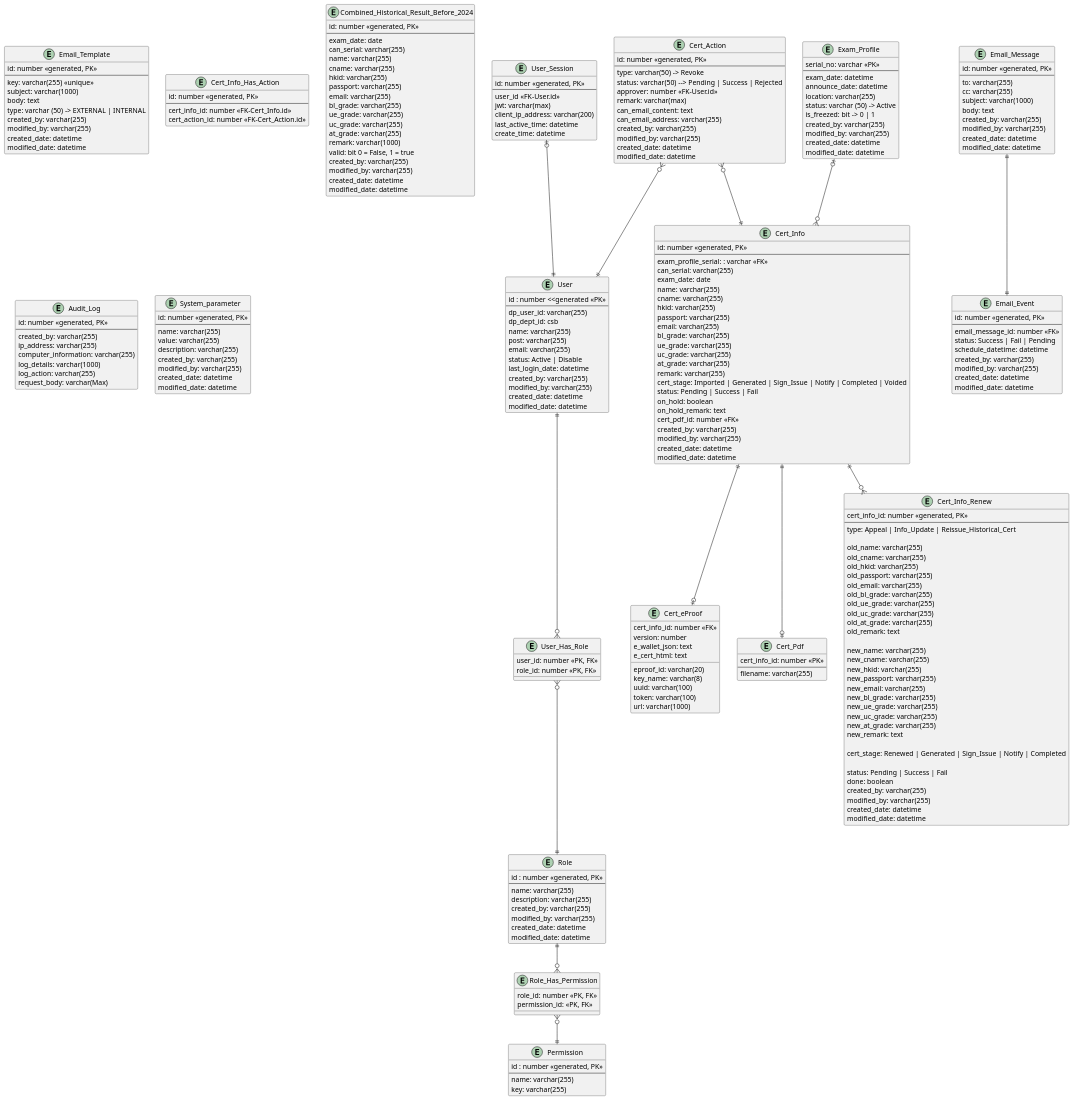
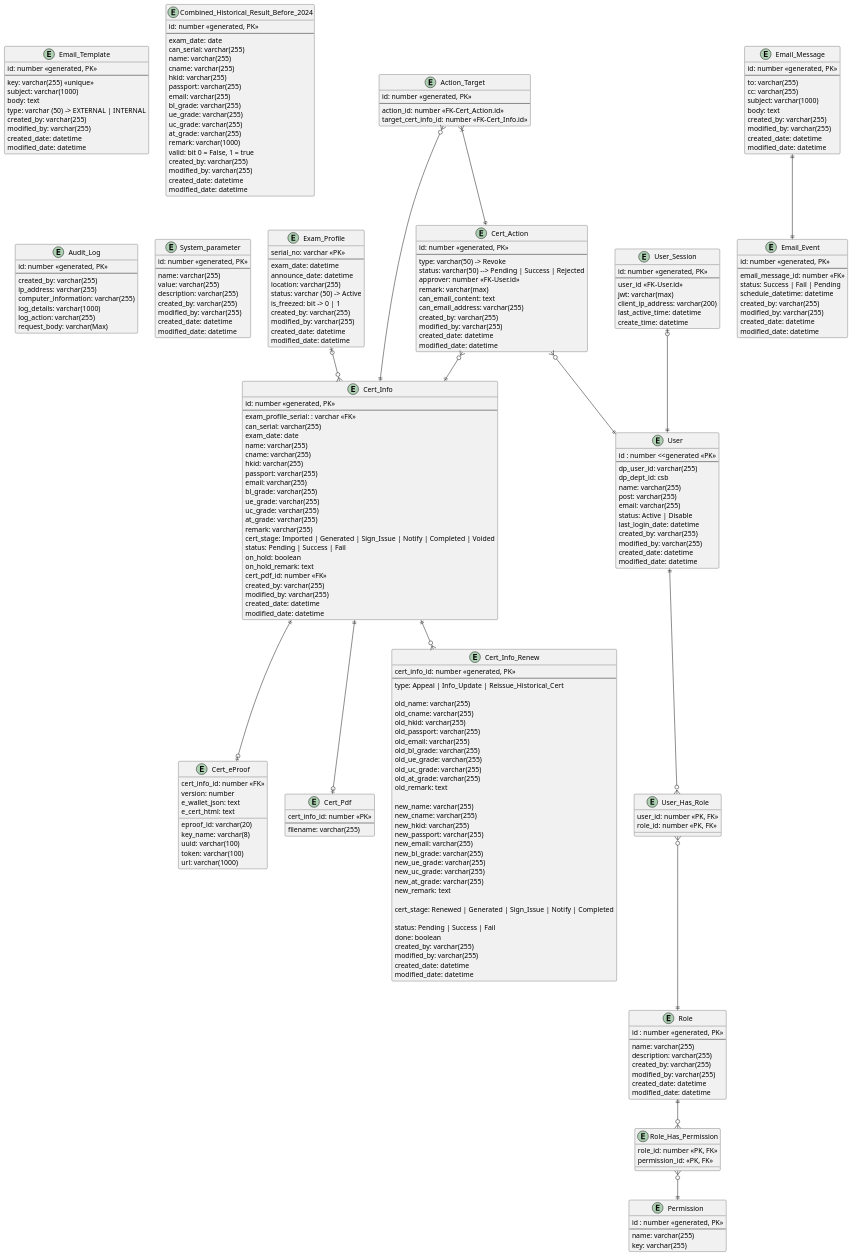
One commit to igsl-group/csb_eproof changed the diagram in er-diagram.puml. Above: the diagram before and after it, drawn with PlantUML.

Commit message:
Update cert_action related entity in ERD

```diff
--- a/er-diagram.puml
+++ b/er-diagram.puml
@@ -168,11 +168,11 @@
     modified_date: datetime
 }
 
-entity "Cert_Info_Has_Action" as cert_info_has_action{
+entity "Action_Target" as action_target{
     id: number <<generated, PK>>
     --
-    cert_info_id: number <<FK-Cert_Info.id>>
-    cert_action_id: number <<FK-Cert_Action.id>>
+    action_id: number <<FK-Cert_Action.id>>
+    target_cert_info_id: number <<FK-Cert_Info.id>>
 }
 
 entity "Combined_Historical_Result_Before_2024" as combined_historical_result_before_2024 {
@@ -269,5 +269,8 @@
 cert_action }o--|| cert_info
 cert_action }o--|| user
 
+action_target }o--|| cert_info
+action_target }|--|| cert_action
+
 user_session |o--|| user
 @enduml
```
